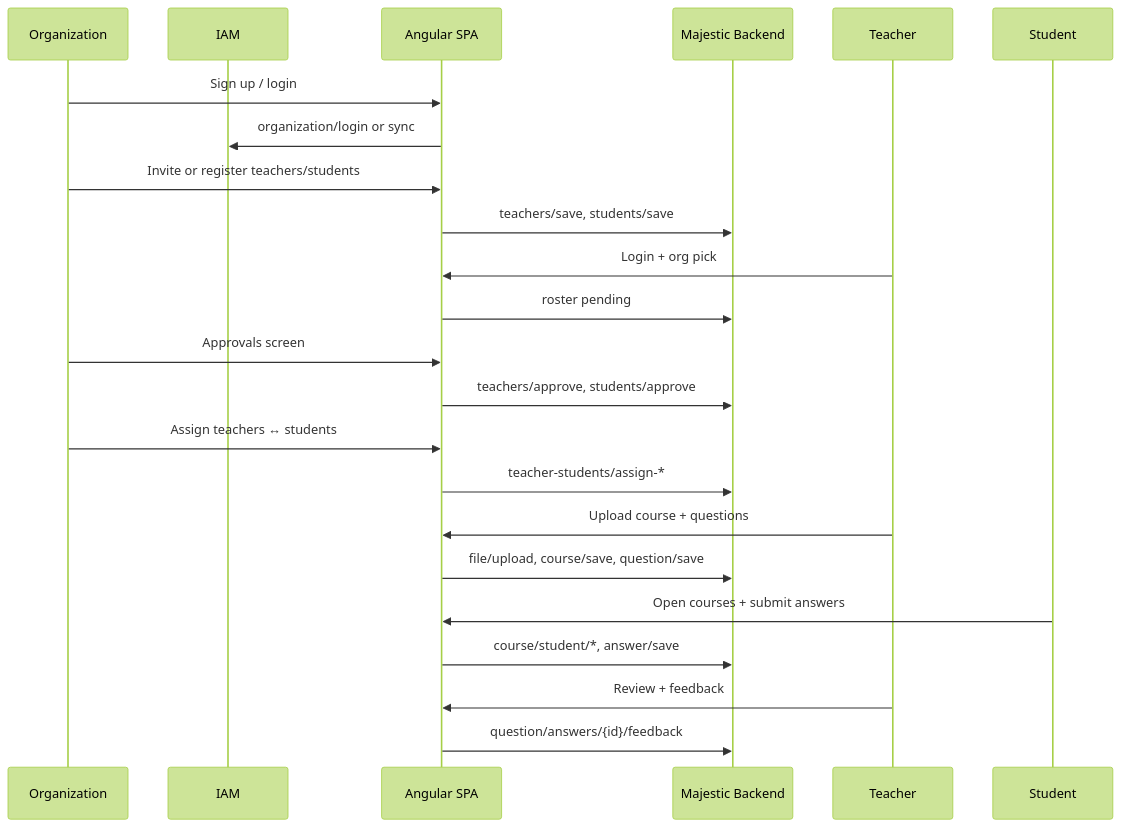
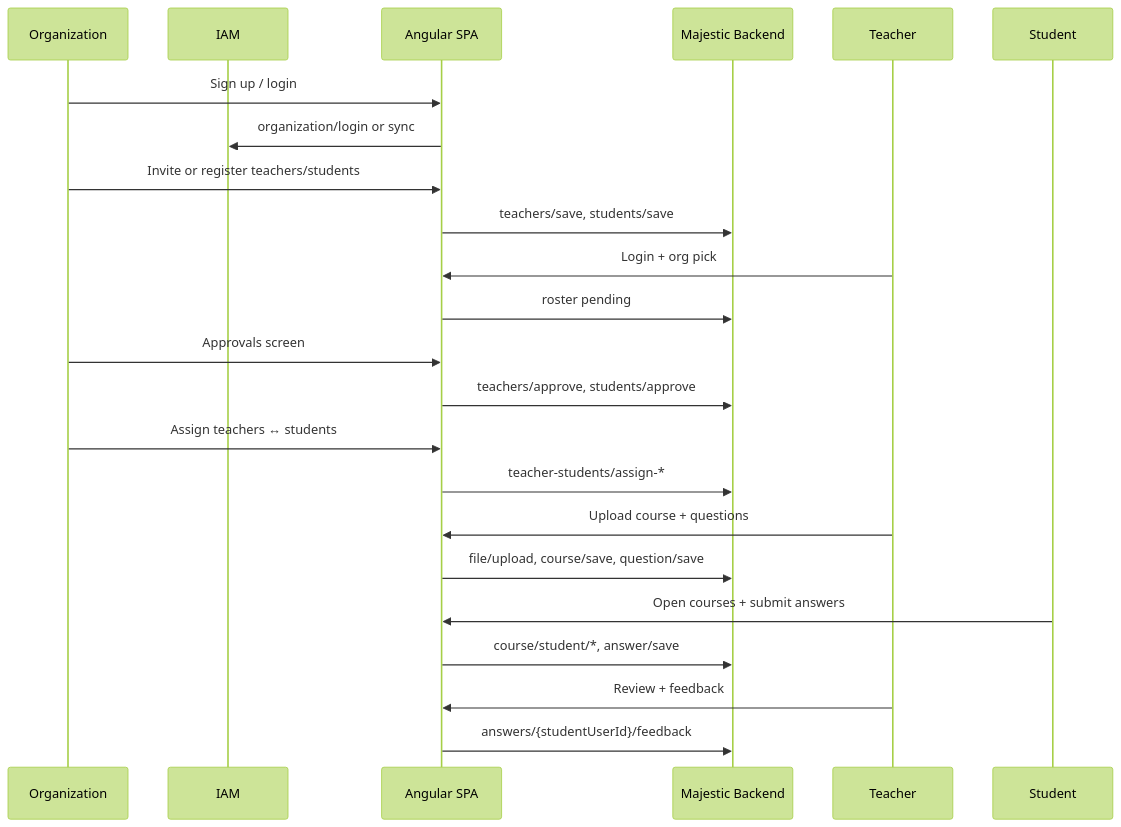
One commit to Jose-SN/majestic-warhorse changed the fourth of 12 diagrams in docs/01_Project_Overview.md. Above: the diagram before and after it, drawn with Mermaid (forest theme). The commit also changed 6 other files, not shown here.

````diff
--- a/docs/01_Project_Overview.md
+++ b/docs/01_Project_Overview.md
@@ -302,26 +302,26 @@
 ```mermaid
 sequenceDiagram
   participant Org as Organization
   participant IAM as IAM
   participant App as Angular SPA
   participant MW as Majestic Backend
   participant T as Teacher
   participant S as Student
 
   Org->>App: Sign up / login
   App->>IAM: organization/login or sync
   Org->>App: Invite or register teachers/students
   App->>MW: teachers/save, students/save
   T->>App: Login + org pick
   App->>MW: roster pending
   Org->>App: Approvals screen
   App->>MW: teachers/approve, students/approve
   Org->>App: Assign teachers ↔ students
   App->>MW: teacher-students/assign-*
   T->>App: Upload course + questions
   App->>MW: file/upload, course/save, question/save
   S->>App: Open courses + submit answers
   App->>MW: course/student/*, answer/save
   T->>App: Review + feedback
-  App->>MW: question/answers/{id}/feedback
+  App->>MW: answers/{studentUserId}/feedback
 ```
````
